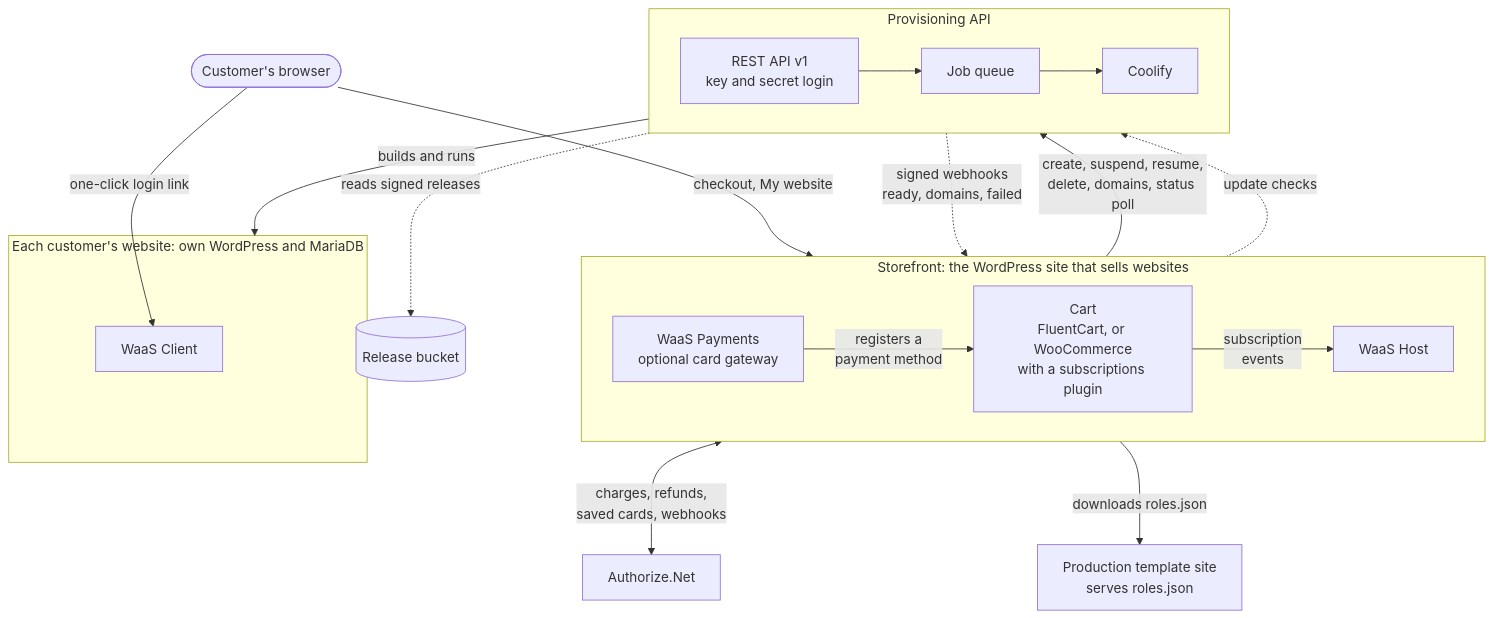
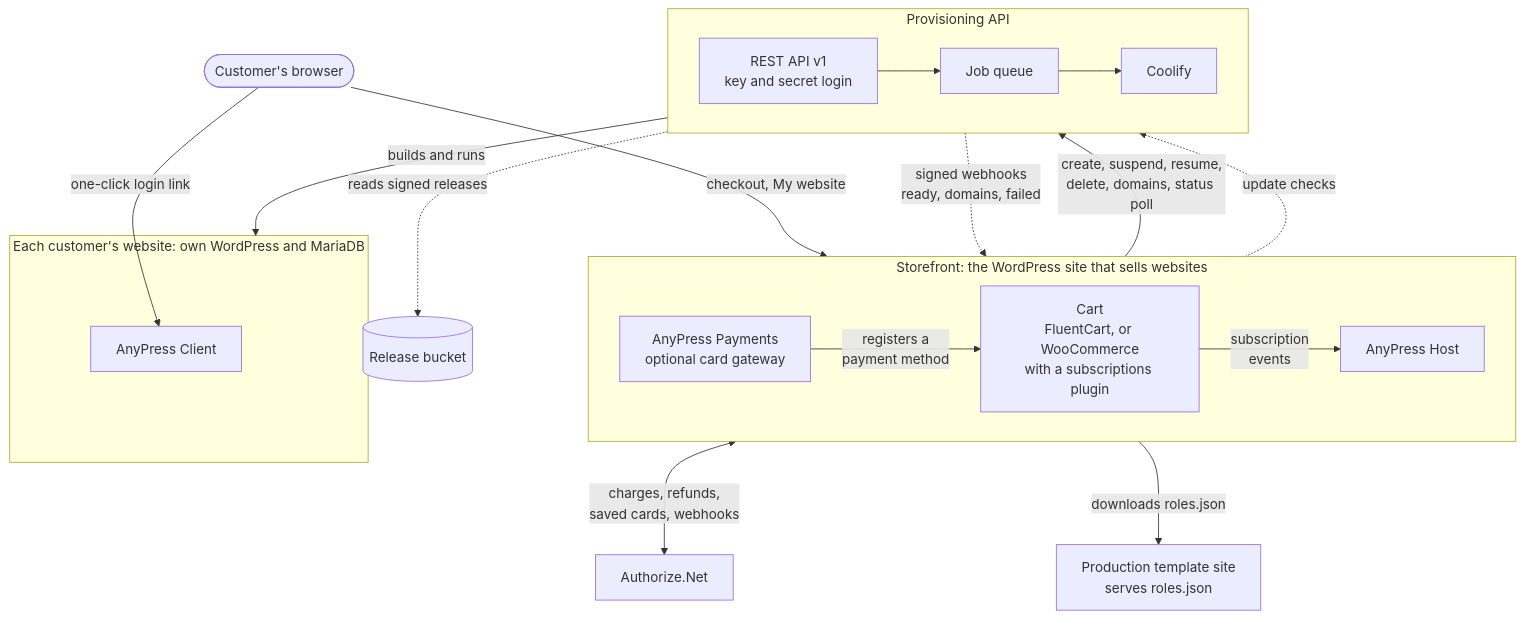
The first of 5 diagrams in docs/architecture/README.md (hamchowderr/waas-plugins), drawn with Mermaid before and after one commit. The commit also changed other lines of this file and 645 other files, not shown here.

First line of the commit message:
Rename the plugins to AnyPress Host, Client and Payments everywhere (waas-api-x4a) (#131)

````diff
--- a/docs/architecture/README.md
+++ b/docs/architecture/README.md
@@ -16,37 +16,37 @@
 ```mermaid
 flowchart TB
   BUY(["Customer's browser"])
 
   subgraph SF["Storefront: the WordPress site that sells websites"]
     direction LR
-    PAY["WaaS Payments<br/>optional card gateway"]
+    PAY["AnyPress Payments<br/>optional card gateway"]
     CART["Cart<br/>FluentCart, or WooCommerce<br/>with a subscriptions plugin"]
-    HOST["WaaS Host"]
+    HOST["AnyPress Host"]
     PAY -->|"registers a<br/>payment method"| CART
     CART -->|"subscription<br/>events"| HOST
   end
 
   ANET["Authorize.Net"]
   TPL["Production template site<br/>serves roles.json"]
 
   subgraph API["Provisioning API"]
     direction LR
     REST["REST API v1<br/>key and secret login"] --> QUEUE["Job queue"] --> COOL["Coolify"]
   end
 
   R2[("Release bucket")]
 
   subgraph STORE["Each customer's website: own WordPress and MariaDB"]
-    CLIENT["WaaS Client"]
+    CLIENT["AnyPress Client"]
   end
 
   BUY -->|"checkout, My website"| CART
   BUY -->|"one-click login link"| CLIENT
   PAY <-->|"charges, refunds,<br/>saved cards, webhooks"| ANET
   HOST -->|"create, suspend, resume,<br/>delete, domains, status poll"| REST
   REST -.->|"signed webhooks<br/>ready, domains, failed"| HOST
   HOST -->|"downloads roles.json"| TPL
   COOL -->|"builds and runs"| STORE
   HOST -.->|"update checks"| REST
   REST -.->|"reads signed releases"| R2
 ```
````
